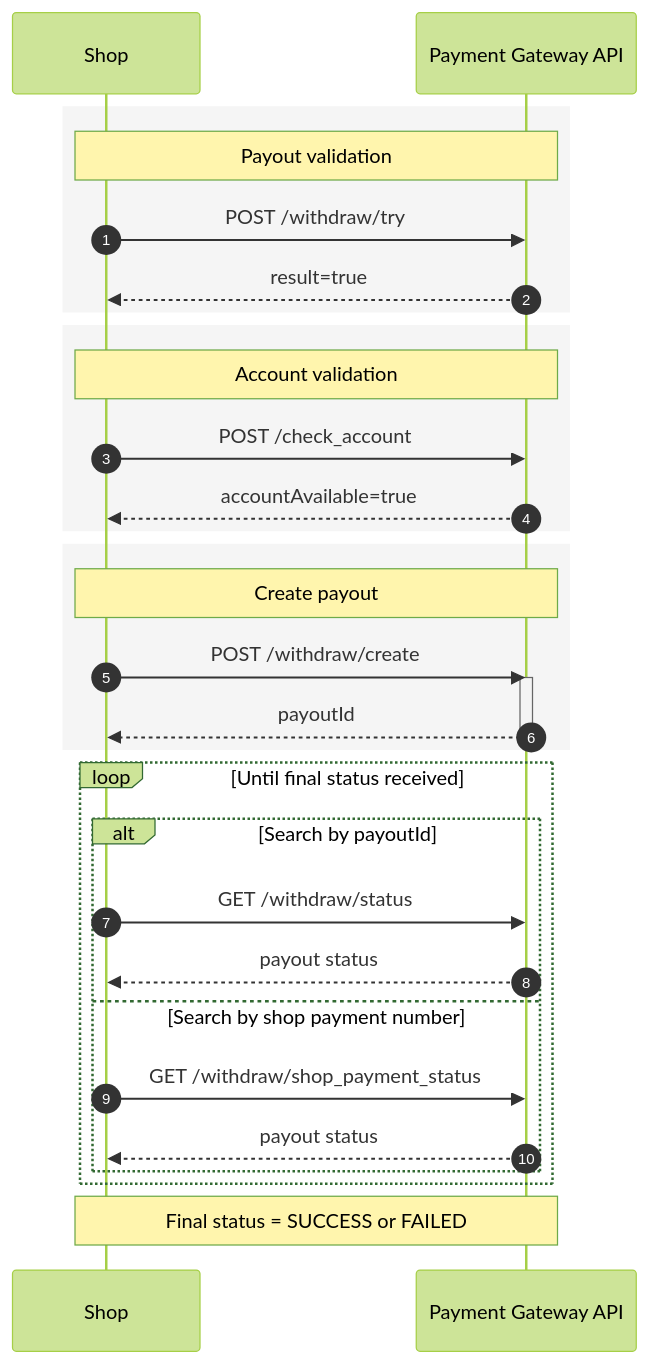
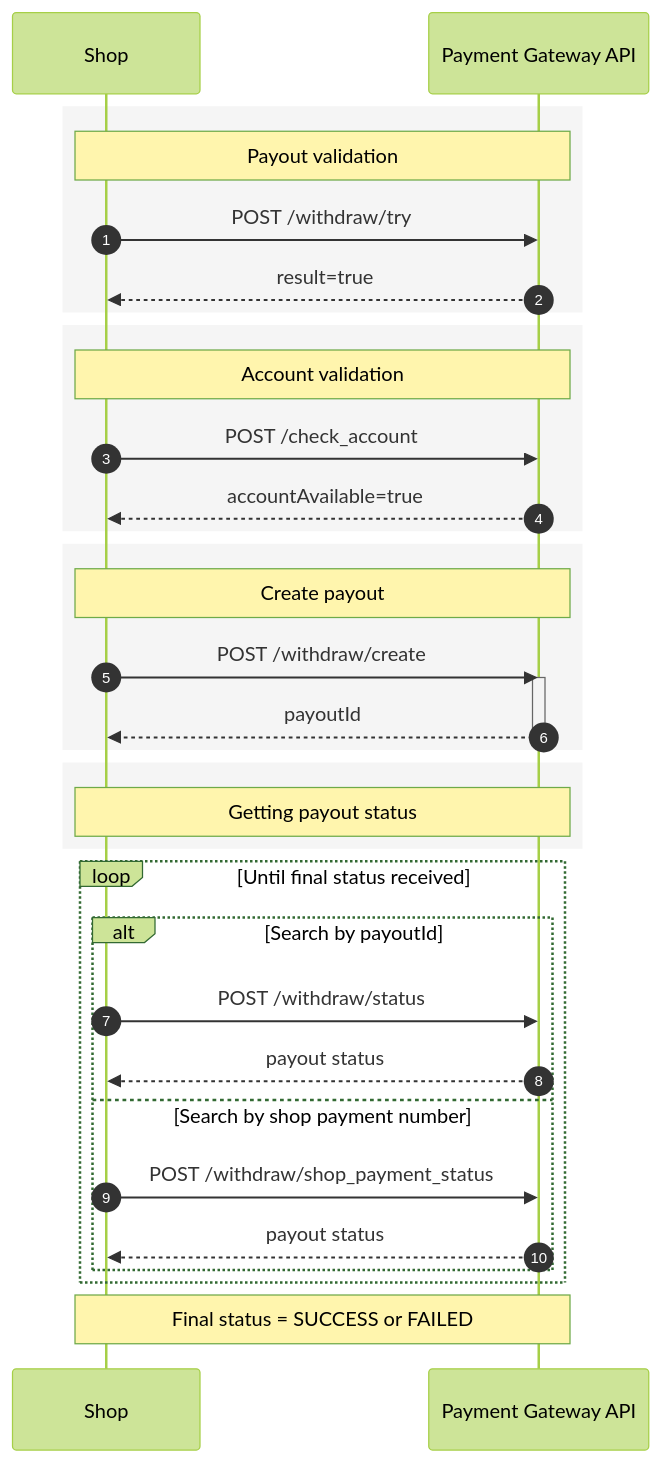
The diagram in withdraw-create.mdx (Avanor-tech/docs), drawn with Mermaid (forest theme) before and after one commit. The commit also changed 1 other file, not shown here.

Commit message:
Updated mintlify pages
- Updated invoice-create.mdx
- Updated withdraw-create.mdx

Mintlify-Source: dashboard-editor

````diff
--- a/withdraw-create.mdx
+++ b/withdraw-create.mdx
@@ -7,50 +7,54 @@
 ```mermaid
 sequenceDiagram
     autonumber
 
     participant S as Shop
     participant PG as Payment Gateway API
 
     rect rgb(245,245,245)
         Note over S,PG: Payout validation
 
         S->>PG: POST /withdraw/try
         PG-->>S: result=true
     end
 
     rect rgb(245,245,245)
         Note over S,PG: Account validation
 
         S->>PG: POST /check_account
         PG-->>S: accountAvailable=true
     end
 
     rect rgb(245,245,245)
         Note over S,PG: Create payout
 
         S->>PG: POST /withdraw/create
         activate PG
 
         PG-->>S: payoutId
 
         deactivate PG
     end
 
+		rect rgb(245,245,245)
+        Note over S,PG: Getting payout status
+    end
+        
     loop Until final status received
 
         alt Search by payoutId
 
-            S->>PG: GET /withdraw/status
+            S->>PG: POST /withdraw/status
             PG-->>S: payout status
 
         else Search by shop payment number
 
-            S->>PG: GET /withdraw/shop_payment_status
+            S->>PG: POST /withdraw/shop_payment_status
             PG-->>S: payout status
 
         end
 
     end
 
     Note over S,PG: Final status = SUCCESS or FAILED
 ```
````
